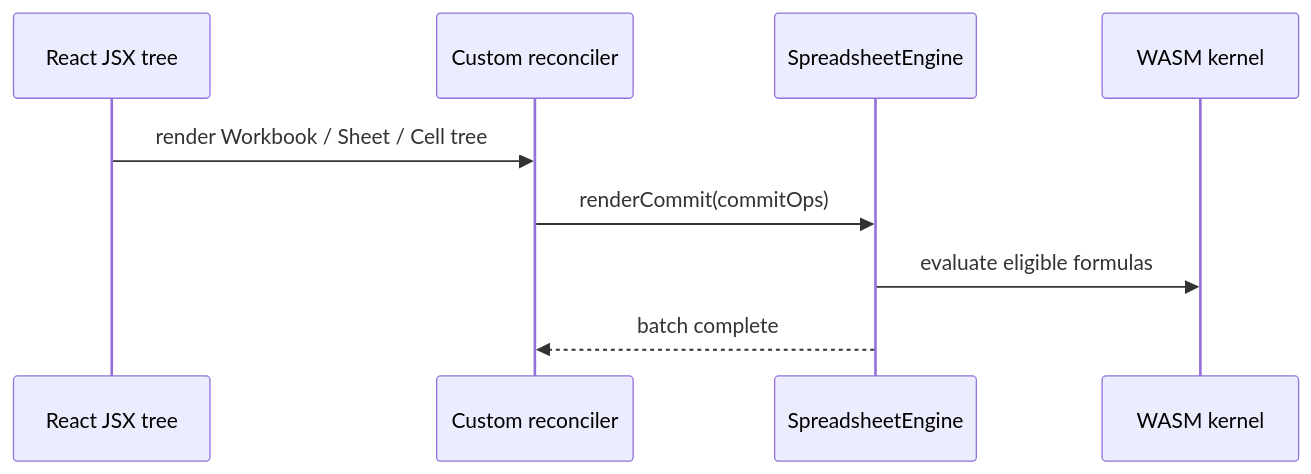
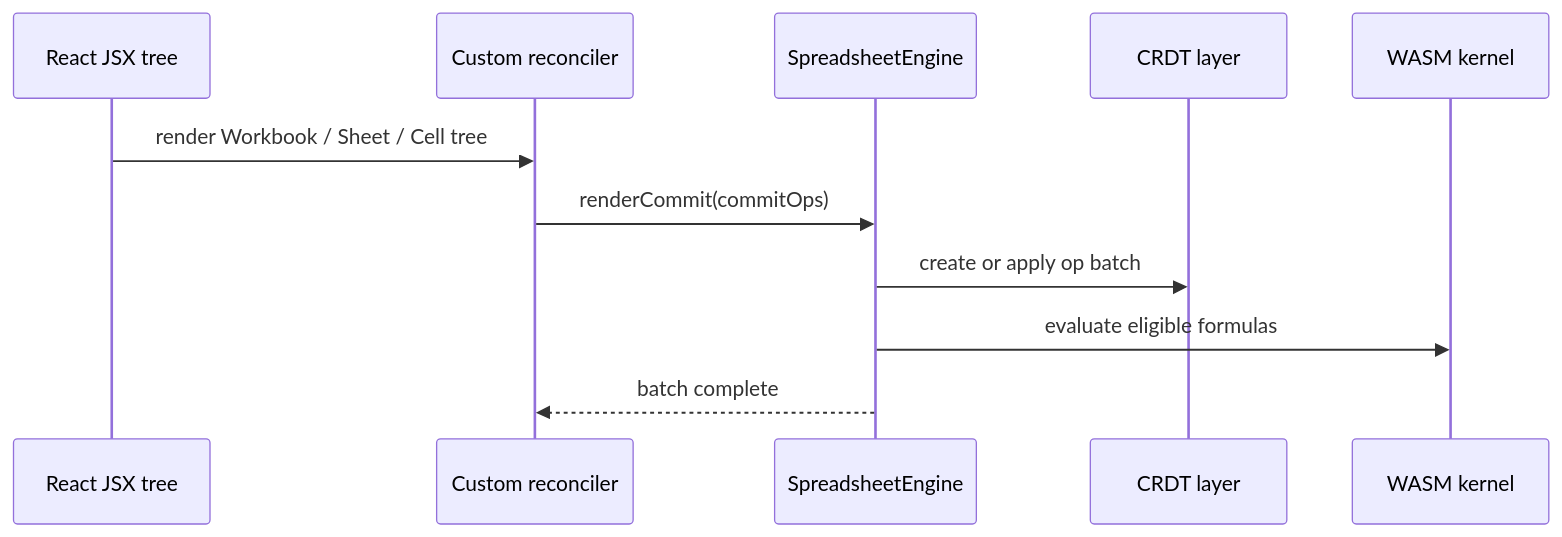
The second of 2 diagrams in docs/reconciler-layering.md (proompteng/bilig), drawn with Mermaid before and after one commit. The commit also changed other lines of this file and 2 other files, not shown here.

````diff
--- a/docs/reconciler-layering.md
+++ b/docs/reconciler-layering.md
@@ -5,12 +41,14 @@
 ```mermaid
 sequenceDiagram
   participant JSX as React JSX tree
   participant REC as Custom reconciler
   participant ENG as SpreadsheetEngine
+  participant CRDT as CRDT layer
   participant WASM as WASM kernel
 
   JSX->>REC: render Workbook / Sheet / Cell tree
   REC->>ENG: renderCommit(commitOps)
+  ENG->>CRDT: create or apply op batch
   ENG->>WASM: evaluate eligible formulas
   ENG-->>REC: batch complete
 ```
````
